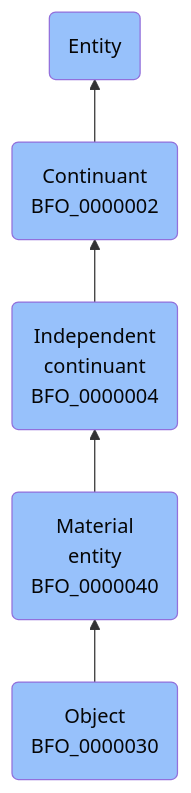
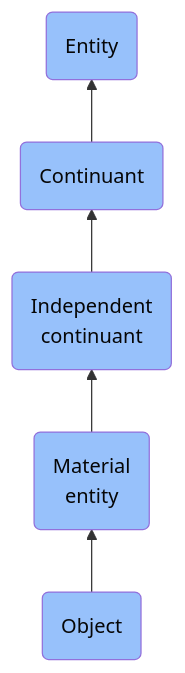
The diagram in docs/ontology/reference/model/Entity/Continuant/Independent continuant/Material entity/Object/Object.md (jupyter-naas/abi), drawn with Mermaid before and after one commit. The commit also changed other lines of this file and 1430 other files, not shown here.

````diff
--- a/docs/ontology/reference/model/Entity/Continuant/Independent continuant/Material entity/Object/Object.md
+++ b/docs/ontology/reference/model/Entity/Continuant/Independent continuant/Material entity/Object/Object.md
@@ -24,12 +24,12 @@
 ```mermaid
 graph BT
-    BFO_0000030(Object<br>BFO_0000030):::BFO-->BFO_0000040
-    BFO_0000040(Material<br>entity<br>BFO_0000040):::BFO-->BFO_0000004
-    BFO_0000004(Independent<br>continuant<br>BFO_0000004):::BFO-->BFO_0000002
-    BFO_0000002(Continuant<br>BFO_0000002):::BFO-->BFO_0000001
+    BFO_0000030(Object):::BFO-->BFO_0000040
+    BFO_0000040(Material<br>entity):::BFO-->BFO_0000004
+    BFO_0000004(Independent<br>continuant):::BFO-->BFO_0000002
+    BFO_0000002(Continuant):::BFO-->BFO_0000001
     BFO_0000001(Entity):::BFO
     
     classDef BFO fill:#97c1fb,color:#060606
     classDef CCO fill:#e4c51e,color:#060606
     classDef ABI fill:#48DD82,color:#060606
 ```
````
